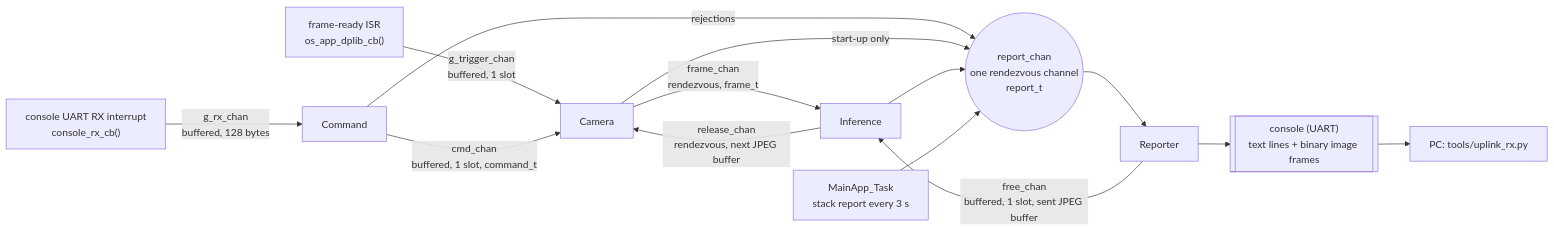
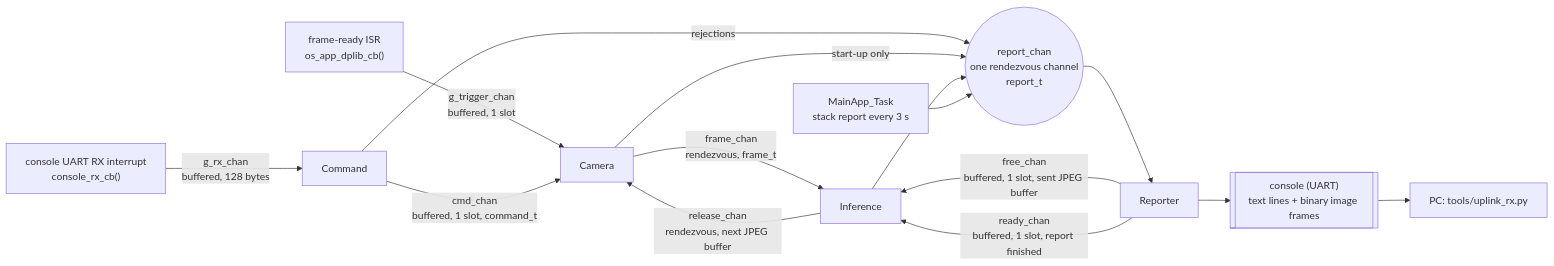
The diagram in EPII_CM55M_APP_S/app/scenario_app/csp4cmsis_neuropathway_image_uplink/README.md (OliverFaust/HimaxWE2-CSP4CMSIS), drawn with Mermaid before and after one commit. The commit also changed other lines of this file and 14 other files, not shown here.

````diff
--- a/EPII_CM55M_APP_S/app/scenario_app/csp4cmsis_neuropathway_image_uplink/README.md
+++ b/EPII_CM55M_APP_S/app/scenario_app/csp4cmsis_neuropathway_image_uplink/README.md
@@ -22,16 +22,17 @@
 ```mermaid
 flowchart LR
     ISR["frame-ready ISR<br/>os_app_dplib_cb()"] -->|"g_trigger_chan<br/>buffered, 1 slot"| Camera
     Camera -->|"frame_chan<br/>rendezvous, frame_t"| Inference
     Inference -->|"release_chan<br/>rendezvous, next JPEG buffer"| Camera
     UART["console UART RX interrupt<br/>console_rx_cb()"] -->|"g_rx_chan<br/>buffered, 128 bytes"| Command
     Command -->|"cmd_chan<br/>buffered, 1 slot, command_t"| Camera
     Command -->|"rejections"| report_chan
     Reporter -->|"free_chan<br/>buffered, 1 slot, sent JPEG buffer"| Inference
+    Reporter -->|"ready_chan<br/>buffered, 1 slot, report finished"| Inference
     Camera -->|"start-up only"| report_chan
     Inference --> report_chan
     MainApp["MainApp_Task<br/>stack report every 3 s"] --> report_chan
     report_chan(("report_chan<br/>one rendezvous channel<br/>report_t")) --> Reporter
     Reporter --> Console[["console (UART)<br/>text lines + binary image frames"]]
     Console --> PC["PC: tools/uplink_rx.py"]
 ```
````
